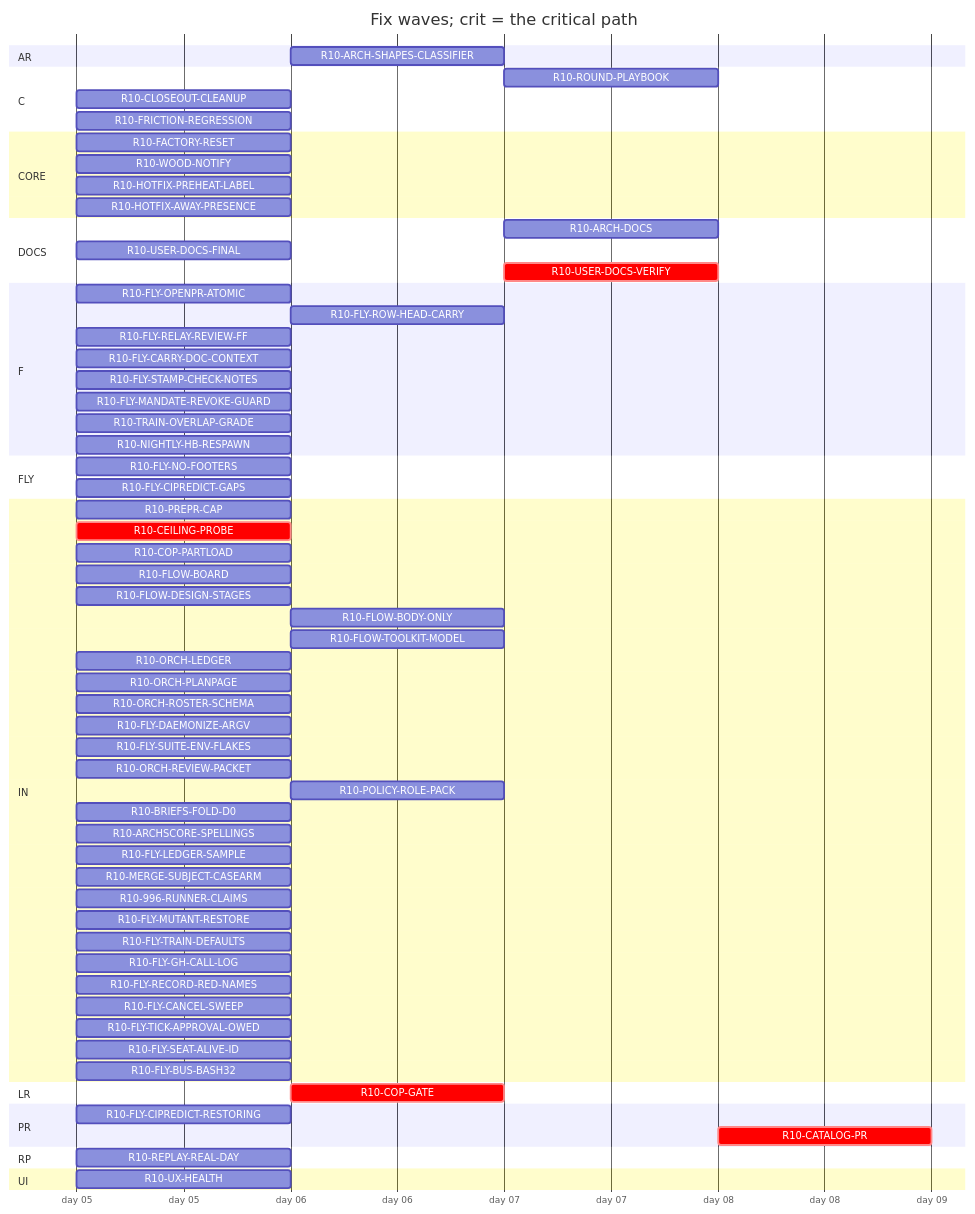
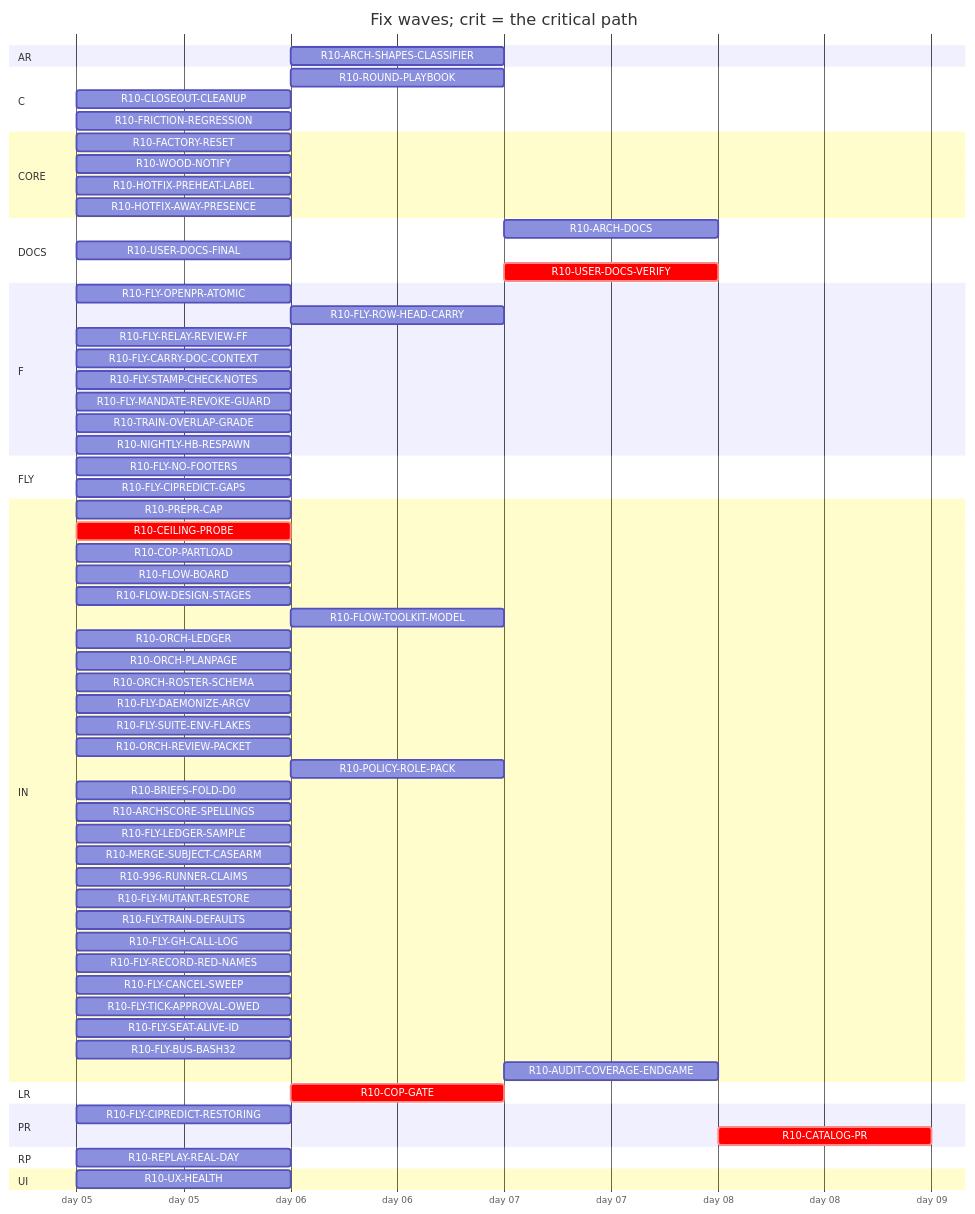
Before and after one commit to tvofi/heatpump_optimizer: the diagram in handoff/round10/state/PLAN-TABLE.md, drawn with Mermaid. The commit also changed other lines of this file and 3 other files, not shown here.

Commit message:
state: FLOW-BOARD.md, NEXT-SESSION-PROMPT.md, PLAN-TABLE.md, RESUME-CURRENT.md regenerated (state_docs.py)

````diff
--- a/handoff/round10/state/PLAN-TABLE.md
+++ b/handoff/round10/state/PLAN-TABLE.md
@@ -24,70 +24,70 @@
 ```mermaid
 gantt
   title Fix waves; crit = the critical path
   dateFormat YYYY-MM-DD
   axisFormat day %d
   section AR
     R10-ARCH-SHAPES-CLASSIFIER :r10ARCHSHAPESCLASSIFIER, after r10996RUNNERCLAIMS, 1d
   section C
-    R10-ROUND-PLAYBOOK :r10ROUNDPLAYBOOK, after r10ORCHLEDGER r10ORCHPLANPAGE r10FLYRELAYREVIEWFF r10FLOWBODYONLY, 1d
+    R10-ROUND-PLAYBOOK :r10ROUNDPLAYBOOK, after r10ORCHLEDGER r10ORCHPLANPAGE r10FLYRELAYREVIEWFF, 1d
     R10-CLOSEOUT-CLEANUP :r10CLOSEOUTCLEANUP, 2026-01-05, 1d
     R10-FRICTION-REGRESSION :r10FRICTIONREGRESSION, 2026-01-05, 1d
   section CORE
     R10-FACTORY-RESET :r10FACTORYRESET, 2026-01-05, 1d
     R10-WOOD-NOTIFY :r10WOODNOTIFY, 2026-01-05, 1d
     R10-HOTFIX-PREHEAT-LABEL :r10HOTFIXPREHEATLABEL, 2026-01-05, 1d
     R10-HOTFIX-AWAY-PRESENCE :r10HOTFIXAWAYPRESENCE, 2026-01-05, 1d
   section DOCS
-    R10-ARCH-DOCS :r10ARCHDOCS, after r10COPGATE r10UXHEALTH r10CEILINGPROBE r10COPPARTLOAD r10FLOWBOARD r10FLOWDESIGNSTAGES r10FLOWBODYONLY r10FLYOPENPRATOMIC r10FLYROWHEADCARRY r10FLYRELAYREVIEWFF r10FLYCARRYDOCCONTEXT r10FLOWTOOLKITMODEL r10FLYSTAMPCHECKNOTES r10FLYMANDATEREVOKEGUARD r10TRAINOVERLAPGRADE r10NIGHTLYHBRESPAWN r10ORCHLEDGER r10ORCHPLANPAGE r10ORCHROSTERSCHEMA r10FLYDAEMONIZEARGV r10ORCHREVIEWPACKET r10POLICYROLEPACK r10BRIEFSFOLDD0 r10REPLAYREALDAY r10ARCHSCORESPELLINGS r10FLYLEDGERSAMPLE, 1d
+    R10-ARCH-DOCS :r10ARCHDOCS, after r10COPGATE r10UXHEALTH r10CEILINGPROBE r10COPPARTLOAD r10FLOWBOARD r10FLOWDESIGNSTAGES r10FLYOPENPRATOMIC r10FLYROWHEADCARRY r10FLYRELAYREVIEWFF r10FLYCARRYDOCCONTEXT r10FLOWTOOLKITMODEL r10FLYSTAMPCHECKNOTES r10FLYMANDATEREVOKEGUARD r10TRAINOVERLAPGRADE r10NIGHTLYHBRESPAWN r10ORCHLEDGER r10ORCHPLANPAGE r10ORCHROSTERSCHEMA r10FLYDAEMONIZEARGV r10ORCHREVIEWPACKET r10POLICYROLEPACK r10BRIEFSFOLDD0 r10REPLAYREALDAY r10ARCHSCORESPELLINGS r10FLYLEDGERSAMPLE, 1d
     R10-USER-DOCS-FINAL :r10USERDOCSFINAL, 2026-01-05, 1d
-    R10-USER-DOCS-VERIFY :crit, r10USERDOCSVERIFY, after r10COPGATE r10UXHEALTH r10CEILINGPROBE r10COPPARTLOAD r10FLOWBOARD r10FLOWDESIGNSTAGES r10FLOWBODYONLY r10FLYOPENPRATOMIC r10FLYROWHEADCARRY r10FLYRELAYREVIEWFF r10FLYCARRYDOCCONTEXT r10FLOWTOOLKITMODEL r10FLYSTAMPCHECKNOTES r10FLYMANDATEREVOKEGUARD r10TRAINOVERLAPGRADE r10NIGHTLYHBRESPAWN r10ORCHLEDGER r10ORCHPLANPAGE r10ORCHROSTERSCHEMA r10FLYDAEMONIZEARGV r10ORCHREVIEWPACKET r10POLICYROLEPACK r10BRIEFSFOLDD0 r10REPLAYREALDAY r10ARCHSCORESPELLINGS r10FLYLEDGERSAMPLE r10FACTORYRESET r10WOODNOTIFY r10USERDOCSFINAL, 1d
+    R10-USER-DOCS-VERIFY :crit, r10USERDOCSVERIFY, after r10COPGATE r10UXHEALTH r10CEILINGPROBE r10COPPARTLOAD r10FLOWBOARD r10FLOWDESIGNSTAGES r10FLYOPENPRATOMIC r10FLYROWHEADCARRY r10FLYRELAYREVIEWFF r10FLYCARRYDOCCONTEXT r10FLOWTOOLKITMODEL r10FLYSTAMPCHECKNOTES r10FLYMANDATEREVOKEGUARD r10TRAINOVERLAPGRADE r10NIGHTLYHBRESPAWN r10ORCHLEDGER r10ORCHPLANPAGE r10ORCHROSTERSCHEMA r10FLYDAEMONIZEARGV r10ORCHREVIEWPACKET r10POLICYROLEPACK r10BRIEFSFOLDD0 r10REPLAYREALDAY r10ARCHSCORESPELLINGS r10FLYLEDGERSAMPLE r10FACTORYRESET r10WOODNOTIFY r10USERDOCSFINAL, 1d
   section F
     R10-FLY-OPENPR-ATOMIC :r10FLYOPENPRATOMIC, 2026-01-05, 1d
     R10-FLY-ROW-HEAD-CARRY :r10FLYROWHEADCARRY, after r10FLYOPENPRATOMIC, 1d
     R10-FLY-RELAY-REVIEW-FF :r10FLYRELAYREVIEWFF, 2026-01-05, 1d
     R10-FLY-CARRY-DOC-CONTEXT :r10FLYCARRYDOCCONTEXT, 2026-01-05, 1d
     R10-FLY-STAMP-CHECK-NOTES :r10FLYSTAMPCHECKNOTES, 2026-01-05, 1d
     R10-FLY-MANDATE-REVOKE-GUARD :r10FLYMANDATEREVOKEGUARD, 2026-01-05, 1d
     R10-TRAIN-OVERLAP-GRADE :r10TRAINOVERLAPGRADE, 2026-01-05, 1d
     R10-NIGHTLY-HB-RESPAWN :r10NIGHTLYHBRESPAWN, 2026-01-05, 1d
   section FLY
     R10-FLY-NO-FOOTERS :r10FLYNOFOOTERS, 2026-01-05, 1d
     R10-FLY-CIPREDICT-GAPS :r10FLYCIPREDICTGAPS, 2026-01-05, 1d
   section IN
     R10-PREPR-CAP :r10PREPRCAP, 2026-01-05, 1d
     R10-CEILING-PROBE :crit, r10CEILINGPROBE, 2026-01-05, 1d
     R10-COP-PARTLOAD :r10COPPARTLOAD, 2026-01-05, 1d
     R10-FLOW-BOARD :r10FLOWBOARD, 2026-01-05, 1d
     R10-FLOW-DESIGN-STAGES :r10FLOWDESIGNSTAGES, 2026-01-05, 1d
-    R10-FLOW-BODY-ONLY :r10FLOWBODYONLY, after r10FLYOPENPRATOMIC, 1d
     R10-FLOW-TOOLKIT-MODEL :r10FLOWTOOLKITMODEL, after r10ORCHPLANPAGE, 1d
     R10-ORCH-LEDGER :r10ORCHLEDGER, 2026-01-05, 1d
     R10-ORCH-PLANPAGE :r10ORCHPLANPAGE, 2026-01-05, 1d
     R10-ORCH-ROSTER-SCHEMA :r10ORCHROSTERSCHEMA, 2026-01-05, 1d
     R10-FLY-DAEMONIZE-ARGV :r10FLYDAEMONIZEARGV, 2026-01-05, 1d
     R10-FLY-SUITE-ENV-FLAKES :r10FLYSUITEENVFLAKES, 2026-01-05, 1d
     R10-ORCH-REVIEW-PACKET :r10ORCHREVIEWPACKET, 2026-01-05, 1d
     R10-POLICY-ROLE-PACK :r10POLICYROLEPACK, after r10FLOWDESIGNSTAGES, 1d
     R10-BRIEFS-FOLD-D0 :r10BRIEFSFOLDD0, 2026-01-05, 1d
     R10-ARCHSCORE-SPELLINGS :r10ARCHSCORESPELLINGS, 2026-01-05, 1d
     R10-FLY-LEDGER-SAMPLE :r10FLYLEDGERSAMPLE, 2026-01-05, 1d
     R10-MERGE-SUBJECT-CASEARM :r10MERGESUBJECTCASEARM, 2026-01-05, 1d
     R10-996-RUNNER-CLAIMS :r10996RUNNERCLAIMS, 2026-01-05, 1d
     R10-FLY-MUTANT-RESTORE :r10FLYMUTANTRESTORE, 2026-01-05, 1d
     R10-FLY-TRAIN-DEFAULTS :r10FLYTRAINDEFAULTS, 2026-01-05, 1d
     R10-FLY-GH-CALL-LOG :r10FLYGHCALLLOG, 2026-01-05, 1d
     R10-FLY-RECORD-RED-NAMES :r10FLYRECORDREDNAMES, 2026-01-05, 1d
     R10-FLY-CANCEL-SWEEP :r10FLYCANCELSWEEP, 2026-01-05, 1d
     R10-FLY-TICK-APPROVAL-OWED :r10FLYTICKAPPROVALOWED, 2026-01-05, 1d
     R10-FLY-SEAT-ALIVE-ID :r10FLYSEATALIVEID, 2026-01-05, 1d
     R10-FLY-BUS-BASH32 :r10FLYBUSBASH32, 2026-01-05, 1d
+    R10-AUDIT-COVERAGE-ENDGAME :r10AUDITCOVERAGEENDGAME, after r10ROUNDPLAYBOOK r10FLYMUTANTRESTORE r10996RUNNERCLAIMS, 1d
   section LR
     R10-COP-GATE :crit, r10COPGATE, after r10CEILINGPROBE, 1d
   section PR
     R10-FLY-CIPREDICT-RESTORING :r10FLYCIPREDICTRESTORING, 2026-01-05, 1d
     R10-CATALOG-PR :crit, r10CATALOGPR, after r10USERDOCSVERIFY, 1d
   section RP
     R10-REPLAY-REAL-DAY :r10REPLAYREALDAY, 2026-01-05, 1d
   section UI
     R10-UX-HEALTH :r10UXHEALTH, 2026-01-05, 1d
 ```
````
